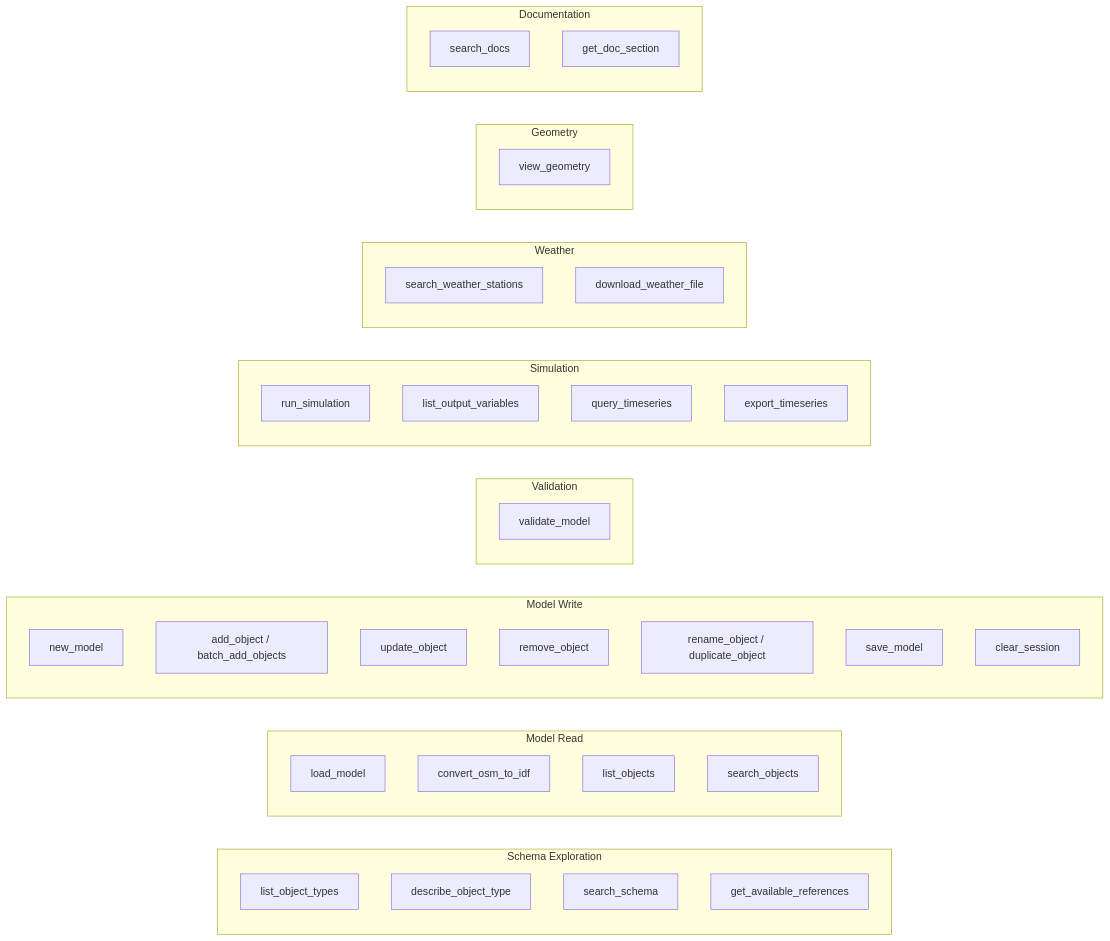
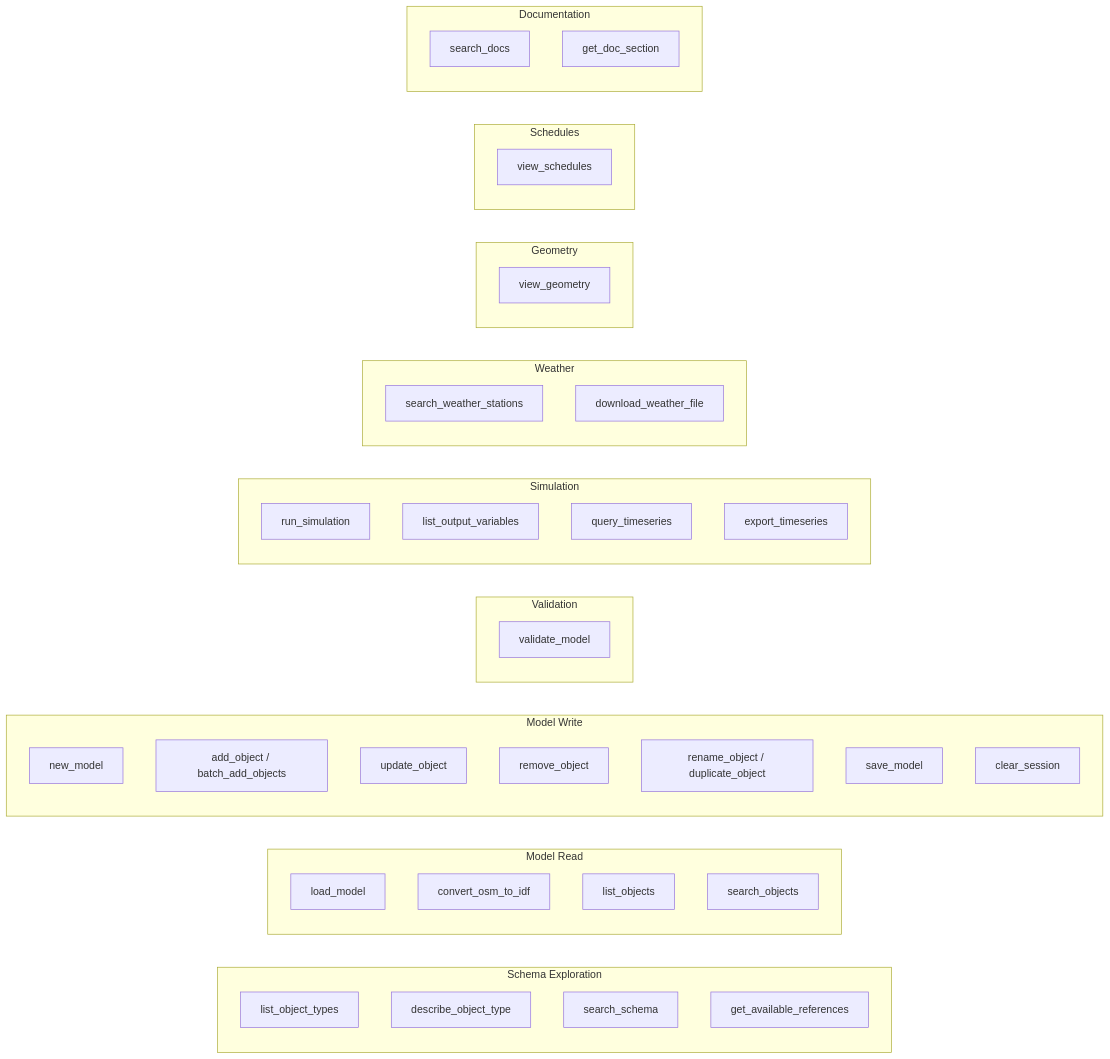
The fourth of 5 diagrams in docs/concepts/architecture.md (idfkit/idfkit-mcp), drawn with Mermaid before and after one commit. The commit also changed other lines of this file and 12 other files, not shown here.

````diff
--- a/docs/concepts/architecture.md
+++ b/docs/concepts/architecture.md
@@ -171,51 +172,55 @@
 ```mermaid
 graph LR
     subgraph Schema["Schema Exploration"]
         A1[list_object_types]
         A2[describe_object_type]
         A3[search_schema]
         A4[get_available_references]
     end
 
     subgraph Read["Model Read"]
         B1[load_model]
         B2[convert_osm_to_idf]
         B3[list_objects]
         B4[search_objects]
     end
 
     subgraph Write["Model Write"]
         C1[new_model]
         C2[add_object / batch_add_objects]
         C3[update_object]
         C4[remove_object]
         C5[rename_object / duplicate_object]
         C6[save_model]
         C7[clear_session]
     end
 
     subgraph Validation
         D1[validate_model]
     end
 
     subgraph Simulation
         E1[run_simulation]
         E2[list_output_variables]
         E3[query_timeseries]
         E4[export_timeseries]
     end
 
     subgraph Weather
         F1[search_weather_stations]
         F2[download_weather_file]
     end
 
     subgraph Geometry
         H1[view_geometry]
     end
 
+    subgraph Schedules
+        I1[view_schedules]
+    end
+
     subgraph Documentation
         G1[search_docs]
         G2[get_doc_section]
     end
 ```
````
